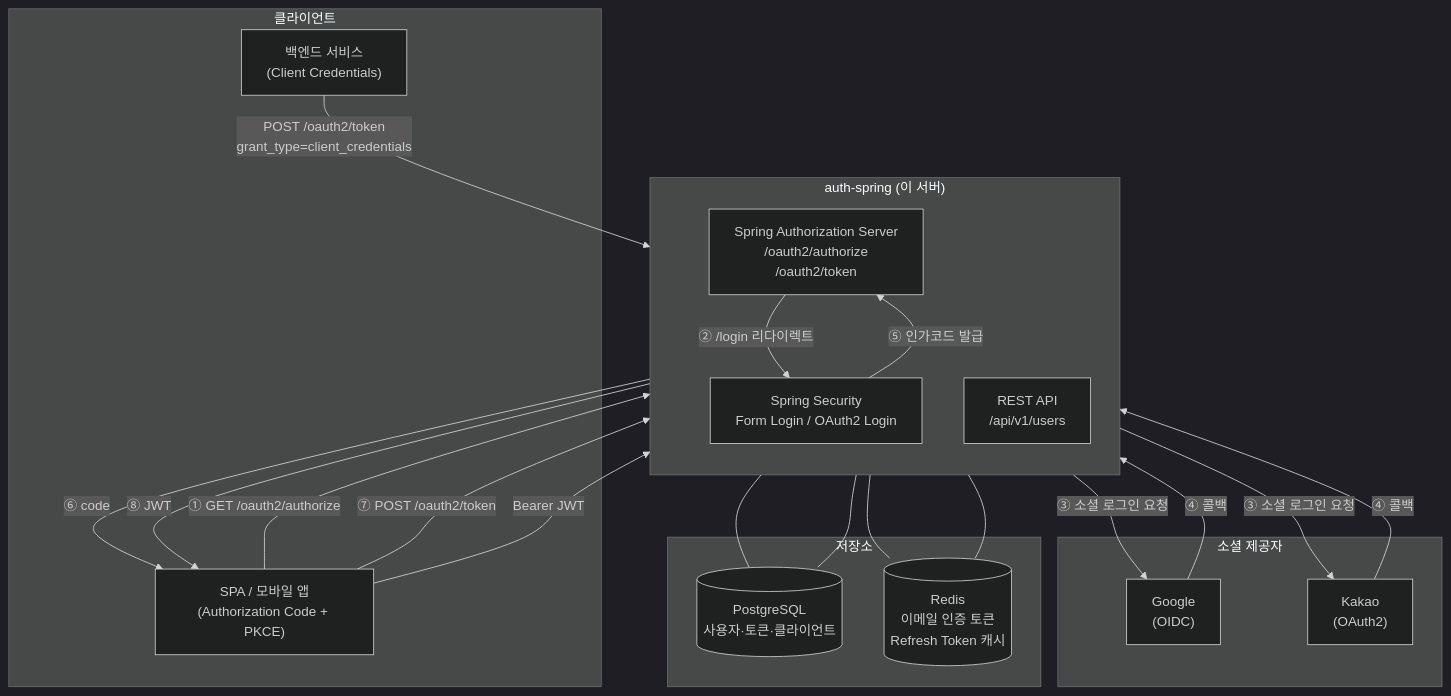
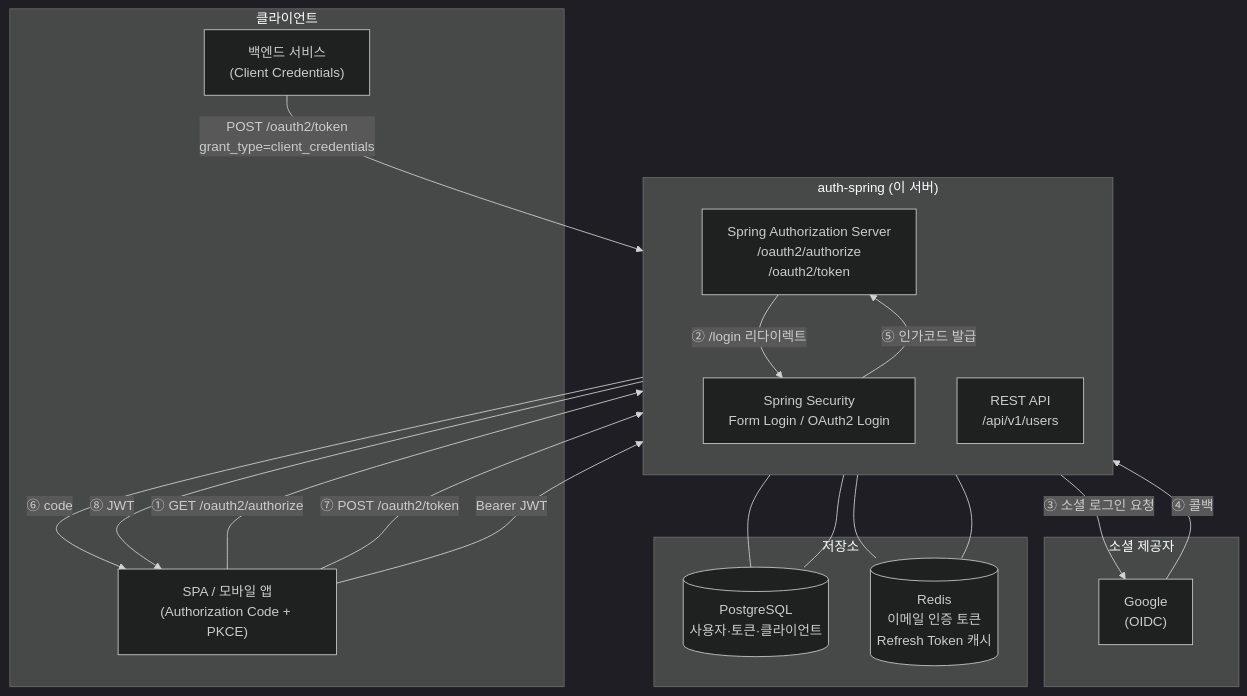
One commit to dodudi/rudy-project changed the first of 8 diagrams in auth-spring/README.md. Above: the diagram before and after it, drawn with Mermaid (dark theme). The commit also changed other lines of this file and 9 other files, not shown here.

````diff
--- a/auth-spring/README.md
+++ b/auth-spring/README.md
@@ -22,43 +22,40 @@
 ```mermaid
 graph TB
     subgraph Clients["클라이언트"]
         SPA["SPA / 모바일 앱<br/>(Authorization Code + PKCE)"]
         SVC["백엔드 서비스<br/>(Client Credentials)"]
     end
 
     subgraph AuthServer["auth-spring (이 서버)"]
         direction TB
         AS["Spring Authorization Server<br/>/oauth2/authorize<br/>/oauth2/token"]
         SEC["Spring Security<br/>Form Login / OAuth2 Login"]
         API["REST API<br/>/api/v1/users"]
     end
 
     subgraph Social["소셜 제공자"]
         GOOGLE["Google<br/>(OIDC)"]
-        KAKAO["Kakao<br/>(OAuth2)"]
     end
 
     subgraph Storage["저장소"]
         PG[("PostgreSQL<br/>사용자·토큰·클라이언트")]
         REDIS[("Redis<br/>이메일 인증 토큰<br/>Refresh Token 캐시")]
     end
 
     SPA -->|"① GET /oauth2/authorize"| AS
     AS -->|"② /login 리다이렉트"| SEC
     SEC -->|"③ 소셜 로그인 요청"| GOOGLE
-    SEC -->|"③ 소셜 로그인 요청"| KAKAO
     GOOGLE -->|"④ 콜백"| SEC
-    KAKAO -->|"④ 콜백"| SEC
     SEC -->|"⑤ 인가코드 발급"| AS
     AS -->|"⑥ code"| SPA
     SPA -->|"⑦ POST /oauth2/token"| AS
     AS -->|"⑧ JWT"| SPA
 
     SVC -->|"POST /oauth2/token<br/>grant_type=client_credentials"| AS
 
     SPA -->|"Bearer JWT"| API
     API --- PG
     API --- REDIS
     AS --- PG
     AS --- REDIS
 ```
````
